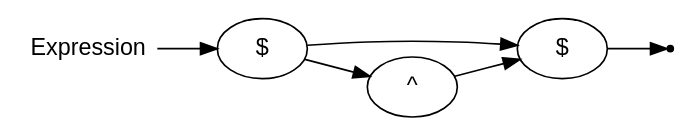
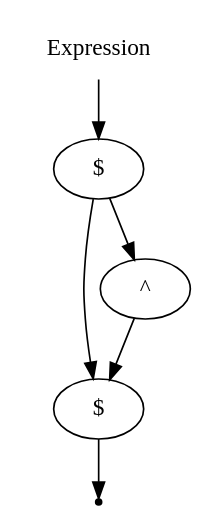
The diagram in DSLTools/examples/RBNFEXPRESSIONSTESTRULES/wirth/Expression.gv (EgorGoluzin/DSL), drawn with Graphviz before and after one commit. The commit also changed 110 other files, not shown here.

```diff
--- a/DSLTools/examples/RBNFEXPRESSIONSTESTRULES/wirth/Expression.gv
+++ b/DSLTools/examples/RBNFEXPRESSIONSTESTRULES/wirth/Expression.gv
@@ -1,14 +1,12 @@
-digraph EXPRESSION {
-  rankdir=LR;
-  node [fontname="Arial"];
+digraph Expression {
   start [label="Expression" shape=plaintext];
-  end [label="" shape=point];
   A [label="$" shape=oval];
   B [label="$" shape=oval];
   C [label="^" shape=oval];
+  end [label="" shape=point];
   start -> A;
   A -> C;
   A -> B;
   B -> end;
   C -> B;
 }
```
